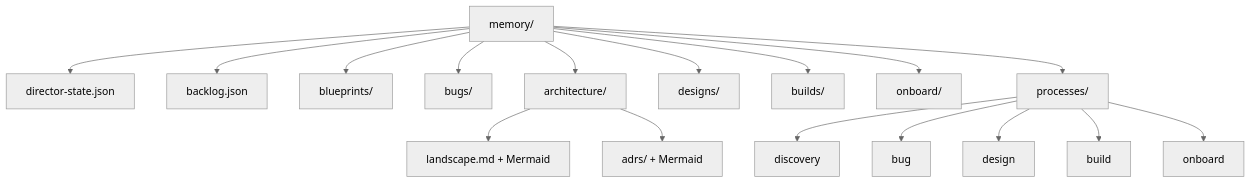
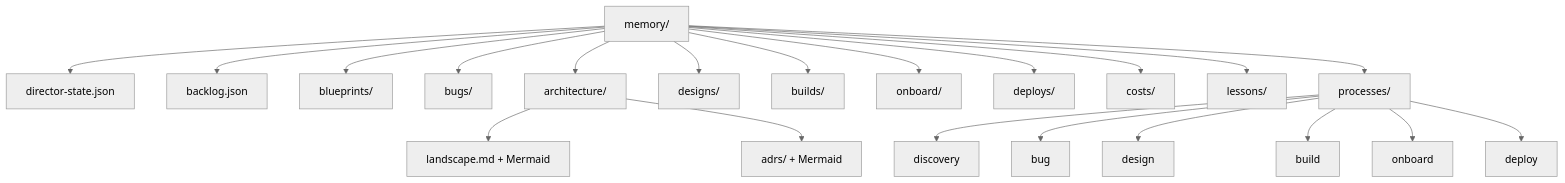
One commit to infosails/infosails-harness changed the eighth of 15 diagrams in README.md. Above: the diagram before and after it, drawn with Mermaid (neutral theme). The commit also changed other lines of this file and 88 other files, not shown here.

````diff
--- a/README.md
+++ b/README.md
@@ -199,21 +208,25 @@
 ```mermaid
 flowchart TB
   mem["memory/"]
   mem --> dir[director-state.json]
   mem --> backlog[backlog.json]
   mem --> bp[blueprints/]
   mem --> bugs[bugs/]
   mem --> arch[architecture/]
   mem --> designs[designs/]
   mem --> builds[builds/]
   mem --> onboard[onboard/]
+  mem --> deploys[deploys/]
+  mem --> costs[costs/]
+  mem --> lessons[lessons/]
   mem --> procs[processes/]
 
   arch --> land[landscape.md + Mermaid]
   arch --> adrs[adrs/ + Mermaid]
   procs --> p1[discovery]
   procs --> p2[bug]
   procs --> p3[design]
   procs --> p4[build]
   procs --> p5[onboard]
+  procs --> p6[deploy]
 ```
````
